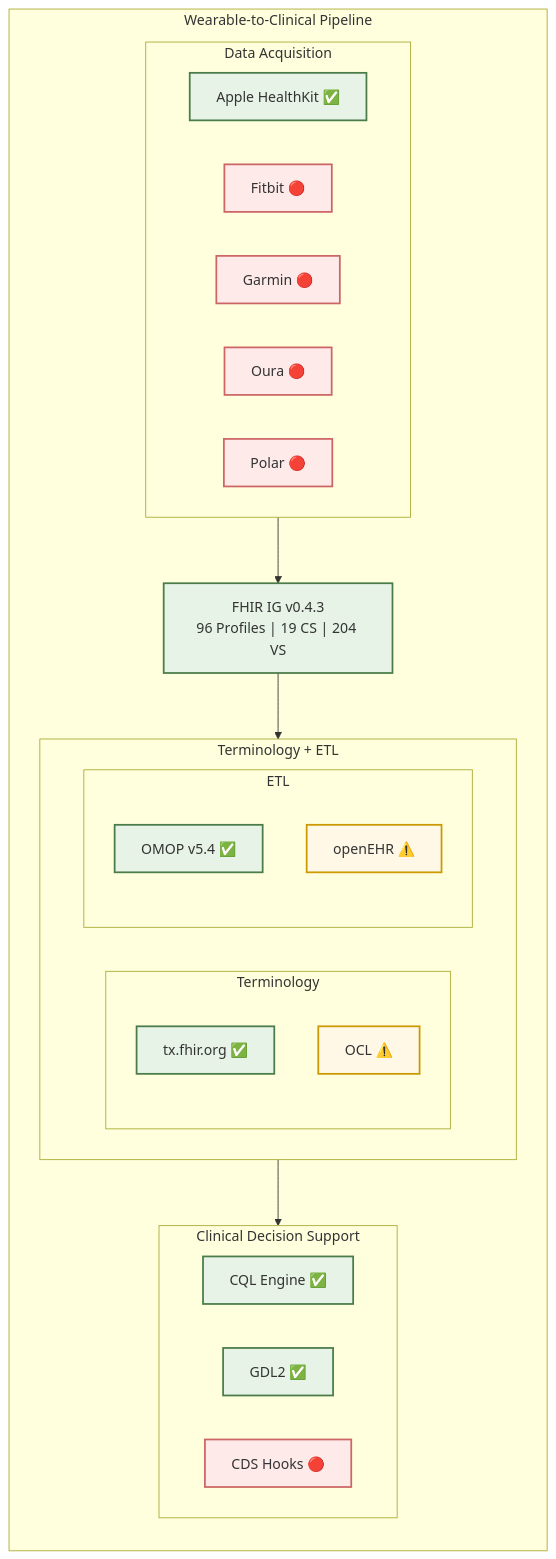
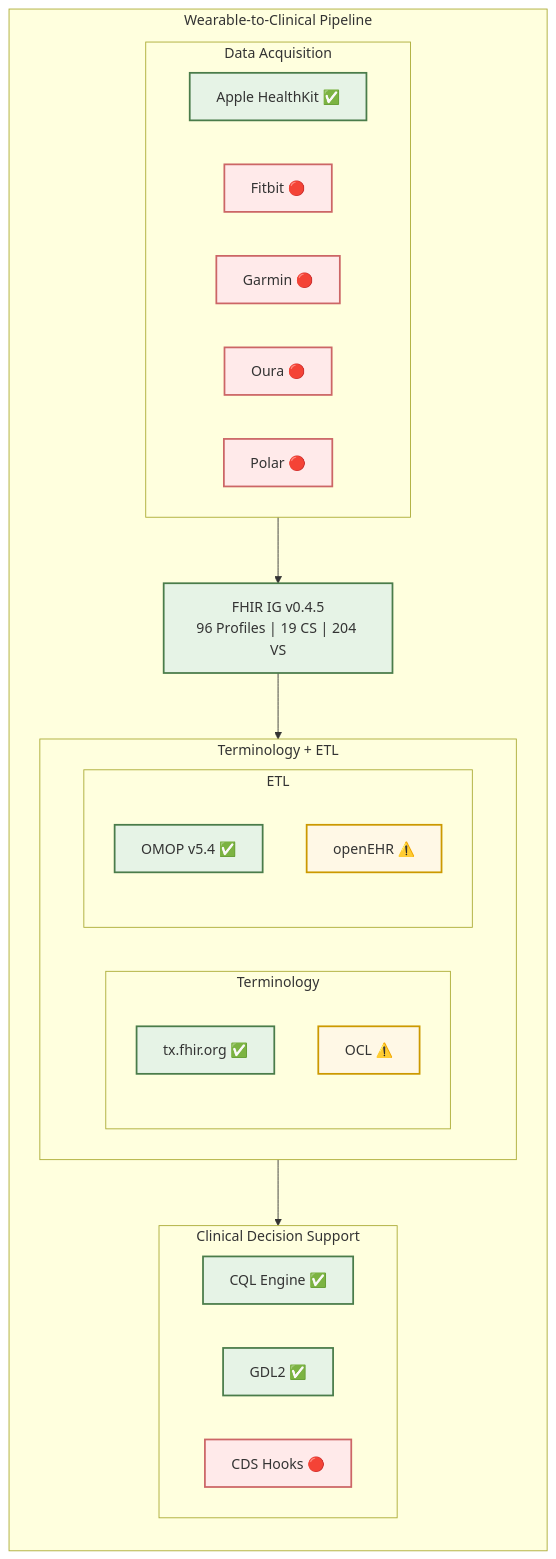
One commit to RicardoLSantos/shorthand changed the first of 5 diagrams in README.md. Above: the diagram before and after it, drawn with Mermaid. The commit also changed other lines of this file and 12 other files, not shown here.

````diff
--- a/README.md
+++ b/README.md
@@ -34,48 +34,48 @@
 ```mermaid
 flowchart TB
     subgraph WP["Wearable-to-Clinical Pipeline"]
         direction TB
 
         subgraph TG1["Data Acquisition"]
             direction LR
             APPLE["Apple HealthKit ✅"]
             FITBIT["Fitbit 🔴"]
             GARMIN["Garmin 🔴"]
             OURA["Oura 🔴"]
             POLAR["Polar 🔴"]
         end
 
-        FHIRIG["FHIR IG v0.4.3<br/>96 Profiles | 19 CS | 204 VS"]
+        FHIRIG["FHIR IG v0.4.5<br/>96 Profiles | 19 CS | 204 VS"]
 
         subgraph TG2["Terminology + ETL"]
             direction LR
             subgraph TERM["Terminology"]
                 TXFHIR["tx.fhir.org ✅"]
                 OCL["OCL ⚠️"]
             end
             subgraph ETL["ETL"]
                 OMOP["OMOP v5.4 ✅"]
                 OPENEHR["openEHR ⚠️"]
             end
         end
 
         subgraph TG4["Clinical Decision Support"]
             direction LR
             CQL["CQL Engine ✅"]
             GDL2["GDL2 ✅"]
             CDSHOOKS["CDS Hooks 🔴"]
         end
     end
 
     TG1 --> FHIRIG
     FHIRIG --> TG2
     TG2 --> TG4
 
     classDef done fill:#e6f3e6,stroke:#4a7c4a,stroke-width:2px,color:#333
     classDef partial fill:#fff8e6,stroke:#cc9900,stroke-width:2px,color:#333
     classDef todo fill:#ffeaea,stroke:#cc6666,stroke-width:2px,color:#333
 
     class APPLE,FHIRIG,TXFHIR,OMOP,CQL,GDL2 done
     class OCL,OPENEHR partial
     class FITBIT,GARMIN,OURA,POLAR,CDSHOOKS todo
 ```
````
